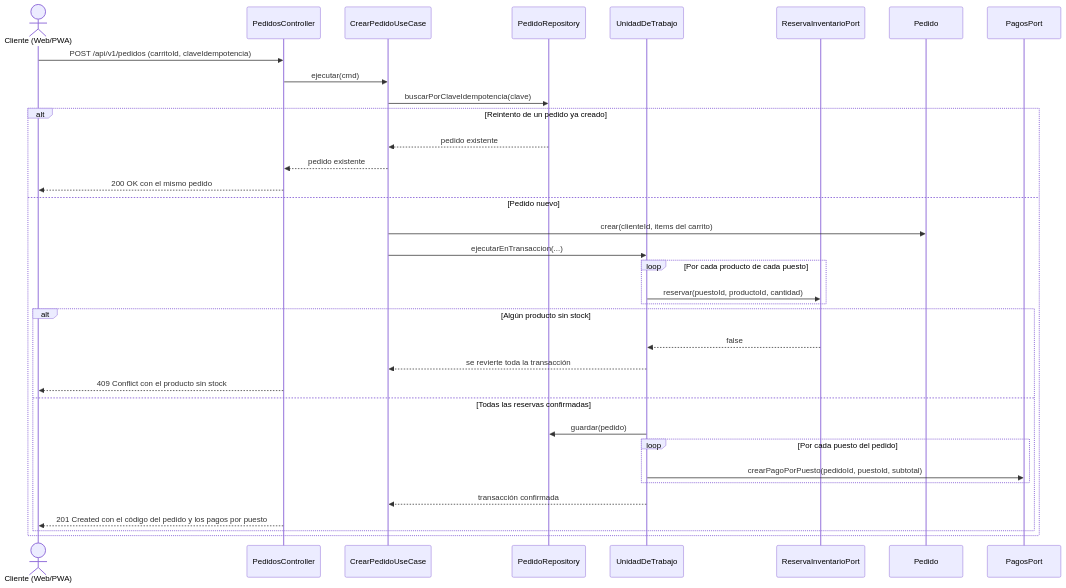
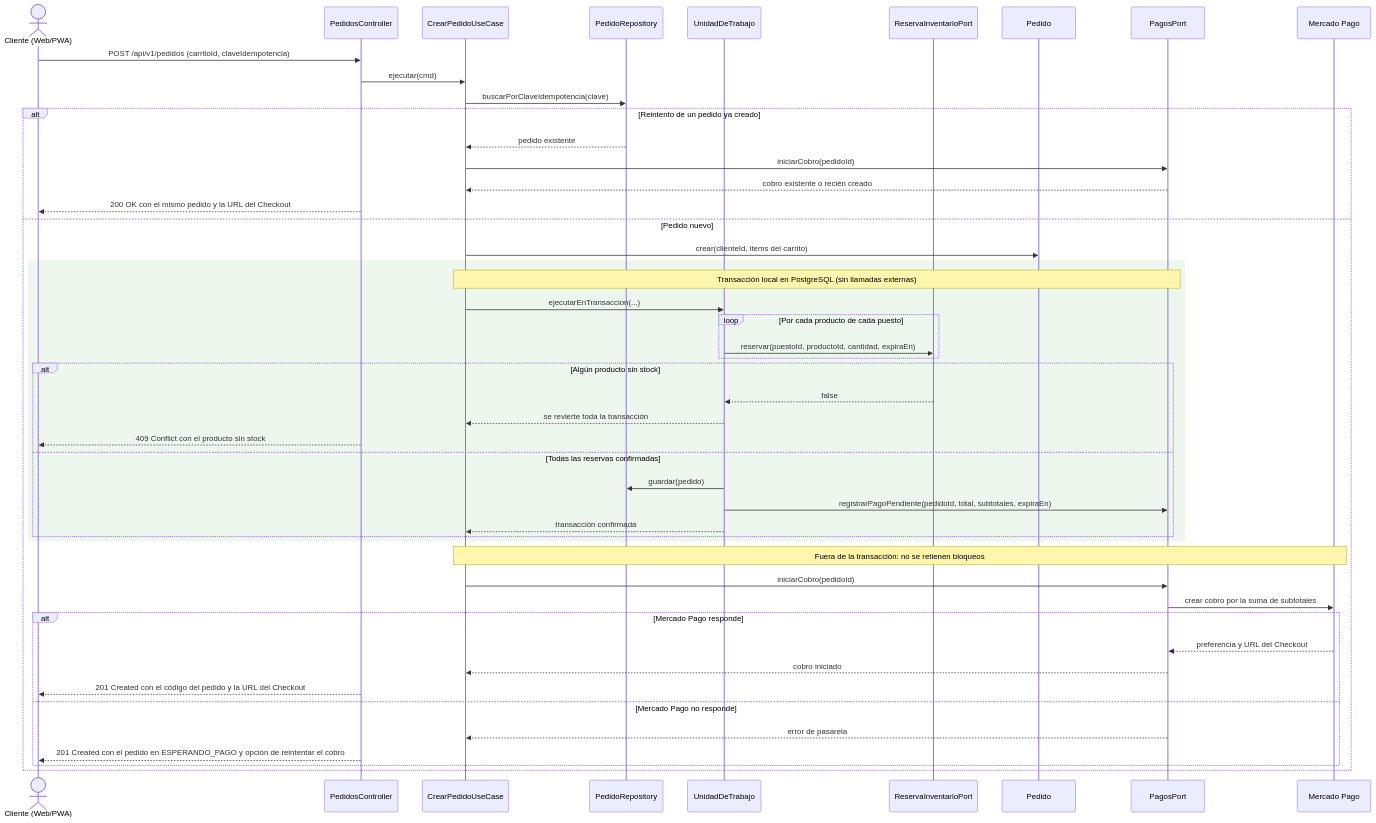
Before and after one commit to DheanFernandez/mercado-multivendedor: the third of 3 diagrams in docs/04-modelo-c4/Nivel4-DiagramadeCodigo.md, drawn with Mermaid. The commit also changed other lines of this file and 24 other files, not shown here.

Commit message:
docs: refactorizar estilo a monolito modular e integrar pago unico con Mercado Pago

````diff
--- a/docs/04-modelo-c4/Nivel4-DiagramadeCodigo.md
+++ b/docs/04-modelo-c4/Nivel4-DiagramadeCodigo.md
@@ -178,38 +249,51 @@
 ```mermaid
 sequenceDiagram
     actor CL as Cliente (Web/PWA)
     participant CTRL as PedidosController
     participant UC as CrearPedidoUseCase
     participant REPO as PedidoRepository
     participant UOW as UnidadDeTrabajo
     participant INV as ReservaInventarioPort
     participant PED as Pedido
     participant PAG as PagosPort
+    participant MP as Mercado Pago
 
     CL->>CTRL: POST /api/v1/pedidos (carritoId, claveIdempotencia)
     CTRL->>UC: ejecutar(cmd)
     UC->>REPO: buscarPorClaveIdempotencia(clave)
     alt Reintento de un pedido ya creado
         REPO-->>UC: pedido existente
-        UC-->>CTRL: pedido existente
-        CTRL-->>CL: 200 OK con el mismo pedido
+        UC->>PAG: iniciarCobro(pedidoId)
+        PAG-->>UC: cobro existente o recién creado
+        CTRL-->>CL: 200 OK con el mismo pedido y la URL del Checkout
     else Pedido nuevo
         UC->>PED: crear(clienteId, items del carrito)
-        UC->>UOW: ejecutarEnTransaccion(...)
-        loop Por cada producto de cada puesto
-            UOW->>INV: reservar(puestoId, productoId, cantidad)
+        rect rgb(237, 247, 237)
+            Note over UC,PAG: Transacción local en PostgreSQL (sin llamadas externas)
+            UC->>UOW: ejecutarEnTransaccion(...)
+            loop Por cada producto de cada puesto
+                UOW->>INV: reservar(puestoId, productoId, cantidad, expiraEn)
+            end
+            alt Algún producto sin stock
+                INV-->>UOW: false
+                UOW-->>UC: se revierte toda la transacción
+                CTRL-->>CL: 409 Conflict con el producto sin stock
+            else Todas las reservas confirmadas
+                UOW->>REPO: guardar(pedido)
+                UOW->>PAG: registrarPagoPendiente(pedidoId, total, subtotales, expiraEn)
+                UOW-->>UC: transacción confirmada
+            end
         end
-        alt Algún producto sin stock
-            INV-->>UOW: false
-            UOW-->>UC: se revierte toda la transacción
-            CTRL-->>CL: 409 Conflict con el producto sin stock
-        else Todas las reservas confirmadas
-            UOW->>REPO: guardar(pedido)
-            loop Por cada puesto del pedido
-                UOW->>PAG: crearPagoPorPuesto(pedidoId, puestoId, subtotal)
-            end
-            UOW-->>UC: transacción confirmada
-            CTRL-->>CL: 201 Created con el código del pedido y los pagos por puesto
+        Note over UC,MP: Fuera de la transacción: no se retienen bloqueos
+        UC->>PAG: iniciarCobro(pedidoId)
+        PAG->>MP: crear cobro por la suma de subtotales
+        alt Mercado Pago responde
+            MP-->>PAG: preferencia y URL del Checkout
+            PAG-->>UC: cobro iniciado
+            CTRL-->>CL: 201 Created con el código del pedido y la URL del Checkout
+        else Mercado Pago no responde
+            PAG-->>UC: error de pasarela
+            CTRL-->>CL: 201 Created con el pedido en ESPERANDO_PAGO y opción de reintentar el cobro
         end
     end
 ```
````
